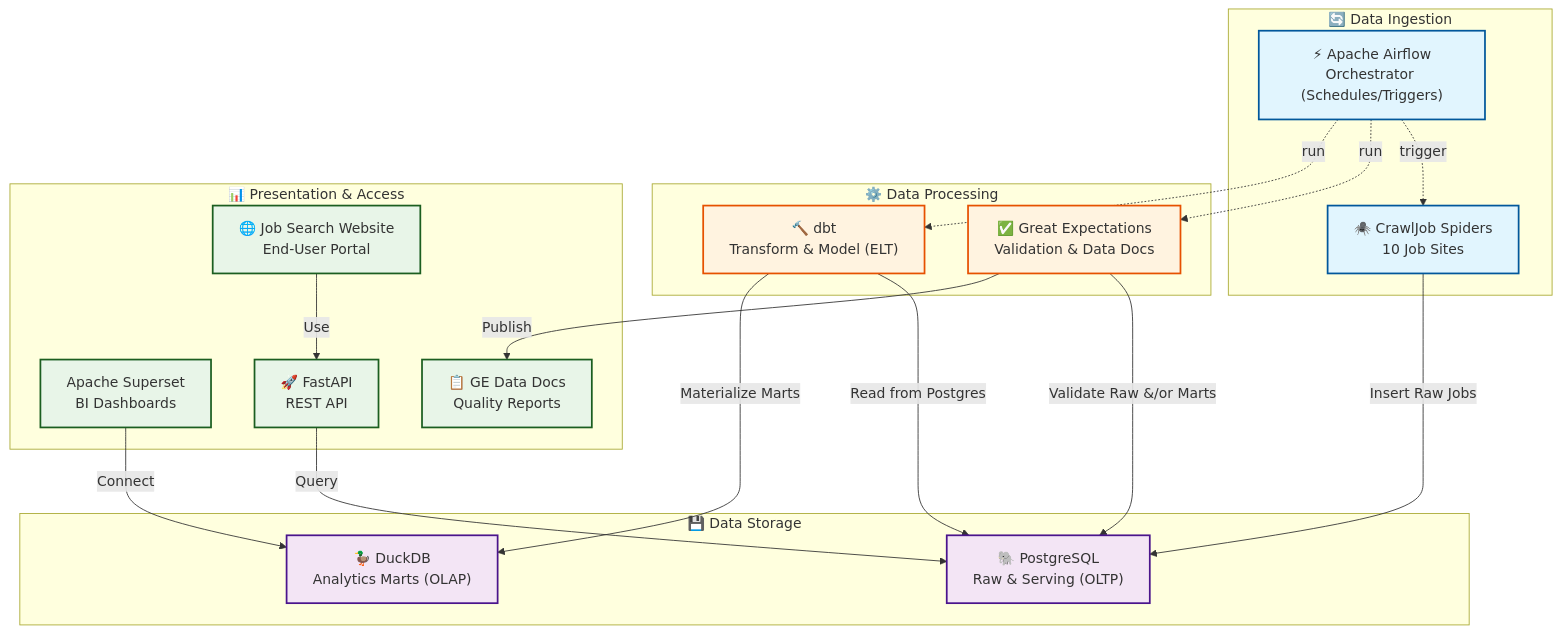
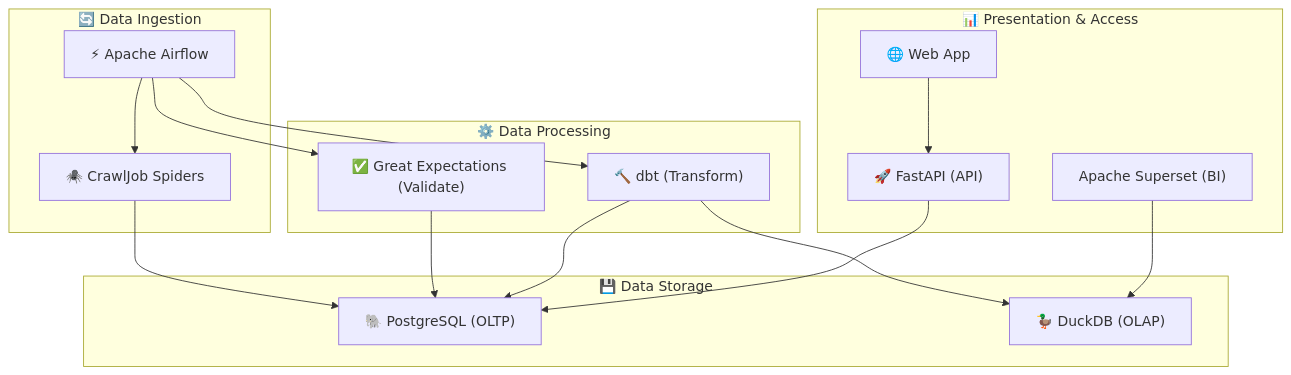
Before and after one commit to thethien8a/Crawl-Jobs: the diagram in README.md, drawn with Mermaid. The commit also changed other lines of this file, not shown here.

````diff
--- a/README.md
+++ b/README.md
@@ -34,53 +16,28 @@
 ```mermaid
 flowchart TD
-    %% Layers
     subgraph ingestion["🔄 Data Ingestion"]
-        spiders["🕷️ CrawlJob Spiders<br/>10 Job Sites"]
-        airflow["⚡ Apache Airflow<br/>Orchestrator (Schedules/Triggers)"]
+        spiders["🕷️ CrawlJob Spiders"]
+        airflow["⚡ Apache Airflow"]
     end
-
     subgraph storage["💾 Data Storage"]
-        postgres["🐘 PostgreSQL<br/>Raw & Serving (OLTP)"]
-        duckdb["🦆 DuckDB<br/>Analytics Marts (OLAP)"]
+        postgres["🐘 PostgreSQL (OLTP)"]
+        duckdb["🦆 DuckDB (OLAP)"]
     end
-
     subgraph processing["⚙️ Data Processing"]
-        dbt["🔨 dbt<br/>Transform & Model (ELT)"]
-        ge["✅ Great Expectations<br/>Validation & Data Docs"]
+        dbt["🔨 dbt (Transform)"]
+        ge["✅ Great Expectations (Validate)"]
     end
-
     subgraph presentation["📊 Presentation & Access"]
-    superset["Apache Superset<br/>BI Dashboards"]
-        fastapi["🚀 FastAPI<br/>REST API"]
-        webapp["🌐 Job Search Website<br/>End-User Portal"]
-        ge_docs["📋 GE Data Docs<br/>Quality Reports"]
+        superset["Apache Superset (BI)"]
+        fastapi["🚀 FastAPI (API)"]
+        webapp["🌐 Web App"]
     end
-
-    %% Orchestration (control-plane)
-    airflow -. trigger .-> spiders
-    airflow -. run .-> ge
-    airflow -. run .-> dbt
-
-    %% Data plane
-    spiders -->|"Insert Raw Jobs"| postgres
-    ge -->|"Validate Raw &/or Marts"| postgres
-    ge -->|"Publish"| ge_docs
-    dbt -->|"Read from Postgres"| postgres
-    dbt -->|"Materialize Marts"| duckdb
-
-    %% Serving
-    fastapi -->|"Query"| postgres
-    webapp -->|"Use"| fastapi
-    superset -->|"Connect"| duckdb
-
-    %% Styles
-    classDef ingestionStyle fill:#e1f5fe,stroke:#01579b,stroke-width:2px
-    classDef storageStyle fill:#f3e5f5,stroke:#4a148c,stroke-width:2px
-    classDef processStyle fill:#fff3e0,stroke:#e65100,stroke-width:2px
-    classDef presentStyle fill:#e8f5e8,stroke:#1b5e20,stroke-width:2px
-
-    class spiders,airflow ingestionStyle
-    class postgres,duckdb storageStyle
-    class dbt,ge processStyle
-    class superset,fastapi,webapp,ge_docs presentStyle
+    airflow --> spiders --> postgres
+    airflow --> ge --> postgres
+    airflow --> dbt
+    dbt --> postgres
+    dbt --> duckdb
+    fastapi --> postgres
+    webapp --> fastapi
+    superset --> duckdb
 ```
````
